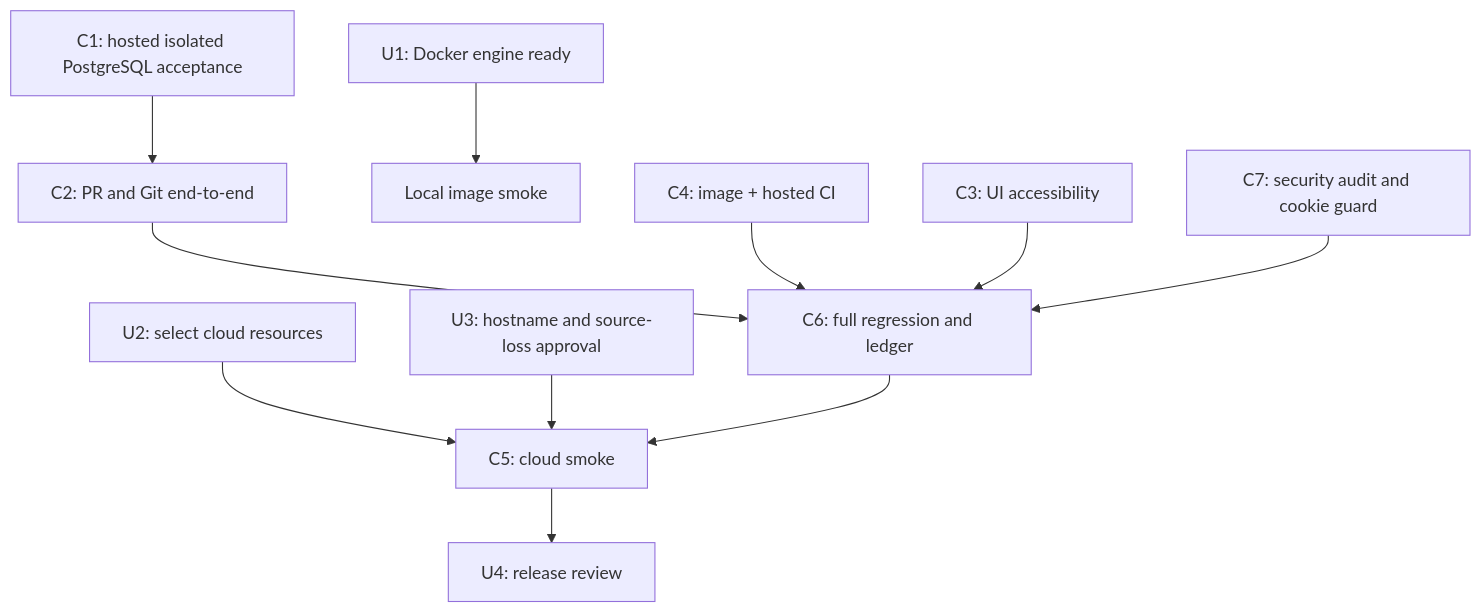
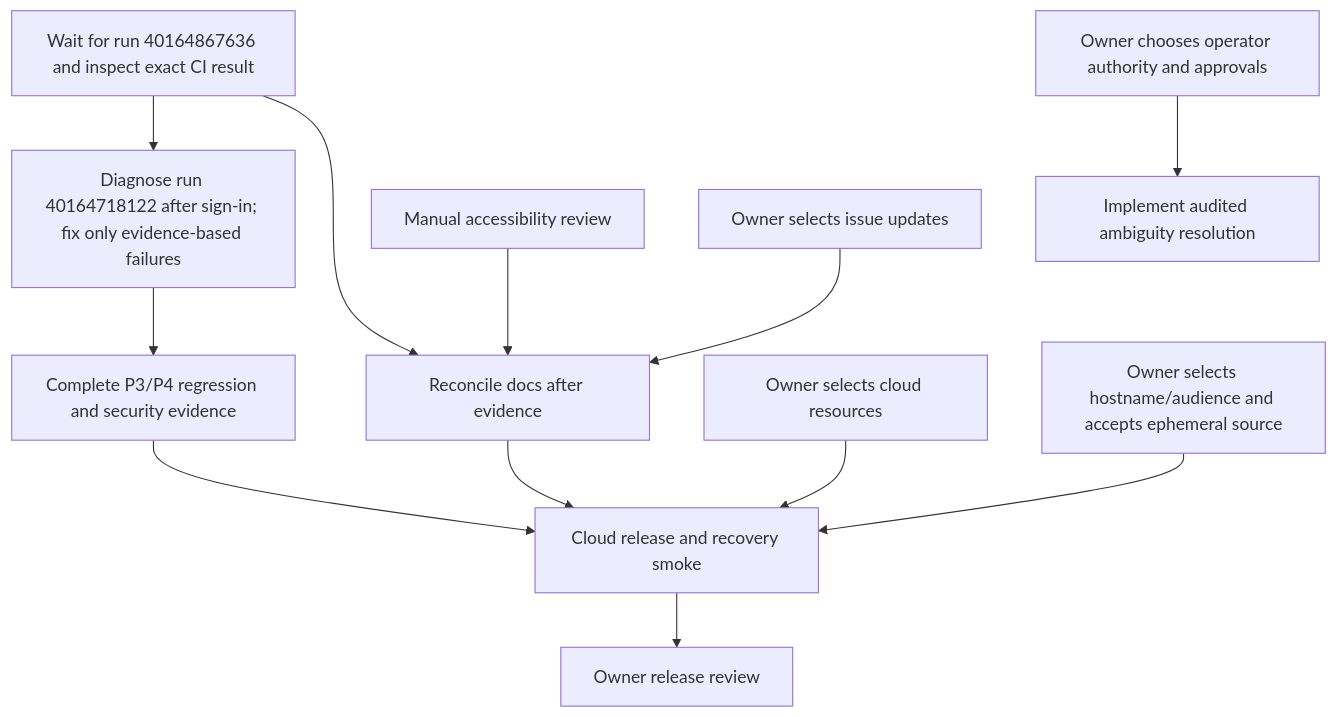
The diagram in docs/next-actions.md (VuLeCoder/Code-forge), drawn with Mermaid before and after one commit. The commit also changed other lines of this file and 4 other files, not shown here.

Commit message:
docs: track crash recovery CI acceptance

````diff
--- a/docs/next-actions.md
+++ b/docs/next-actions.md
@@ -32,13 +34,14 @@
 ```mermaid
 flowchart TD
-  C1[C1: hosted isolated PostgreSQL acceptance] --> C2[C2: PR and Git end-to-end]
-  U1[U1: Docker engine ready] --> localSmoke[Local image smoke]
-  C2 --> C6[C6: full regression and ledger]
-  C4[C4: image + hosted CI] --> C6
-  C3[C3: UI accessibility] --> C6
-  C7[C7: security audit and cookie guard] --> C6
-  U2[U2: select cloud resources] --> C5[C5: cloud smoke]
-  U3[U3: hostname and source-loss approval] --> C5
-  C6 --> C5
-  C5 --> U4[U4: release review]
+  C1[Wait for run 40164867636 and inspect exact CI result] --> C2[Diagnose run 40164718122 after sign-in; fix only evidence-based failures]
+  C2 --> C3[Complete P3/P4 regression and security evidence]
+  C1 --> C5[Reconcile docs after evidence]
+  U4[Owner chooses operator authority and approvals] --> C4[Implement audited ambiguity resolution]
+  C3 --> C7[Cloud release and recovery smoke]
+  U2[Owner selects cloud resources] --> C7
+  U3[Owner selects hostname/audience and accepts ephemeral source] --> C7
+  C5 --> C7
+  C6[Manual accessibility review] --> C5
+  C7 --> U5[Owner release review]
+  U6[Owner selects issue updates] --> C5
 ```
````
